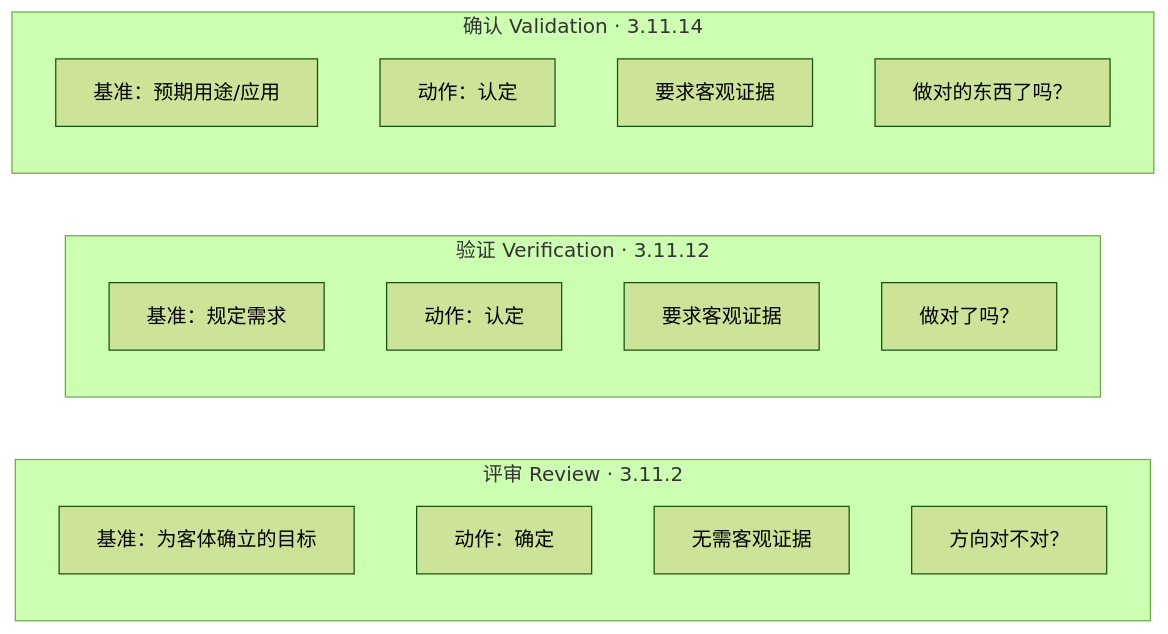
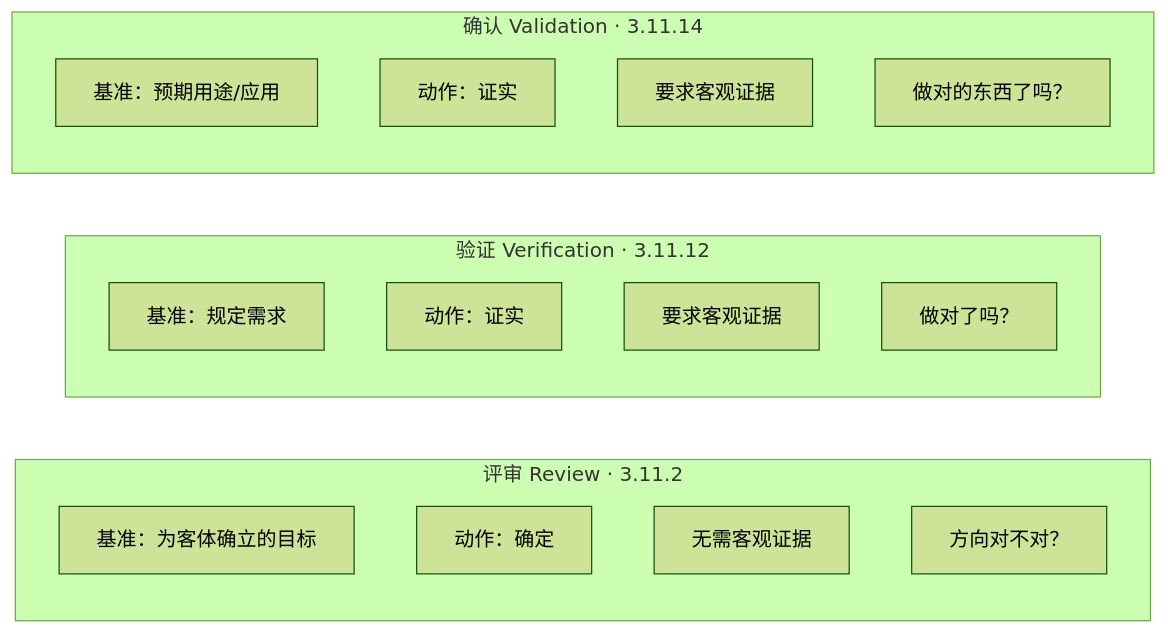
The fifth of 21 diagrams in 100-subprojects/01-系统工程研究/00-系统工程相关研究报告/03-评审概念研究报告-从评审定义到需求管理.md (Yongjunzhou/AOS-system-design), drawn with Mermaid (forest theme) before and after one commit. The commit also changed other lines of this file and 11 other files, not shown here.

````diff
--- a/100-subprojects/01-系统工程研究/00-系统工程相关研究报告/03-评审概念研究报告-从评审定义到需求管理.md
+++ b/100-subprojects/01-系统工程研究/00-系统工程相关研究报告/03-评审概念研究报告-从评审定义到需求管理.md
@@ -229,24 +230,24 @@
 ```mermaid
 flowchart LR
     subgraph R["评审 Review · 3.11.2"]
         direction TB
         R1["基准：为客体确立的目标"]
         R2["动作：确定"]
         R3["无需客观证据"]
         R4["方向对不对？"]
     end
     subgraph V["验证 Verification · 3.11.12"]
         direction TB
         V1["基准：规定需求"]
-        V2["动作：认定"]
+        V2["动作：证实"]
         V3["要求客观证据"]
         V4["做对了吗？"]
     end
     subgraph L["确认 Validation · 3.11.14"]
         direction TB
         L1["基准：预期用途/应用"]
-        L2["动作：认定"]
+        L2["动作：证实"]
         L3["要求客观证据"]
         L4["做对的东西了吗？"]
     end
 ```
````
